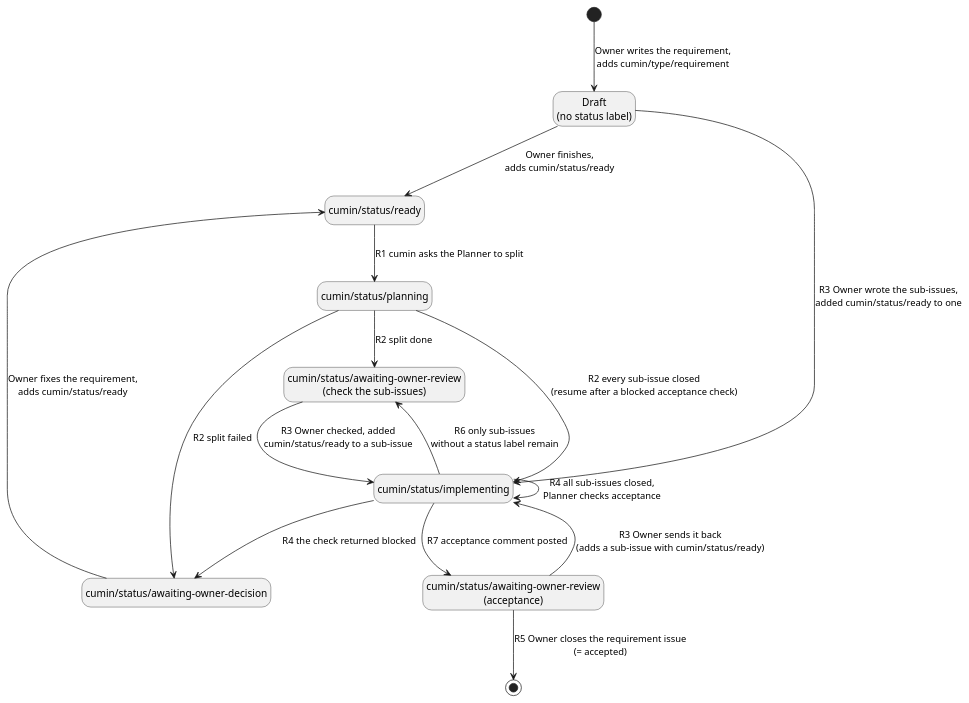
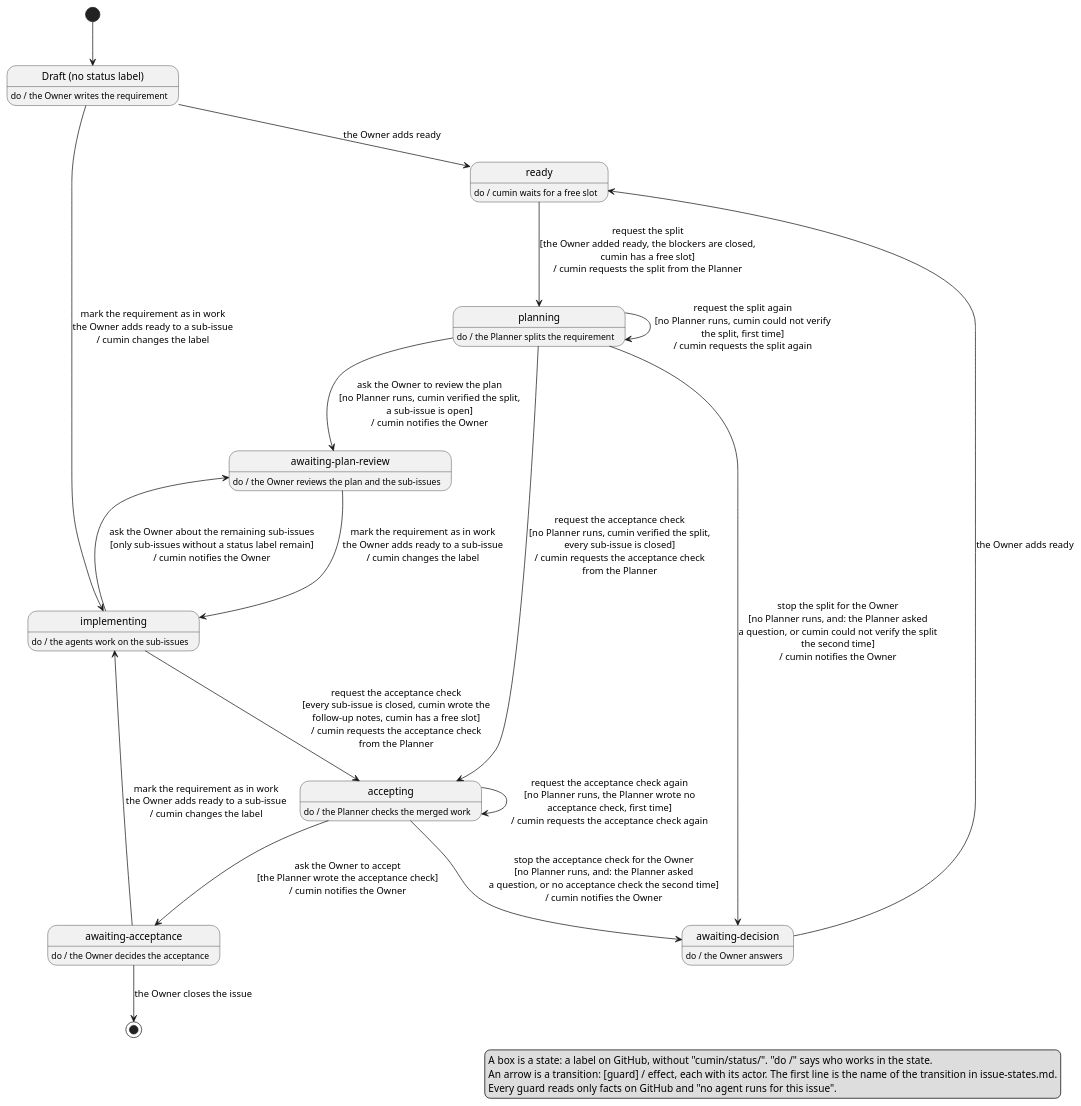
Before and after one commit to cloveclovedev/cumin-works: the diagram in docs/ja/requirements/workflow/requirement-issue-states.puml, drawn with PlantUML. The commit also changed 11 other files, not shown here.

First line of the commit message:
docs(requirements): rewrite the states of an issue as a state machine (#514)

```diff
--- a/docs/ja/requirements/workflow/requirement-issue-states.puml
+++ b/docs/ja/requirements/workflow/requirement-issue-states.puml
@@ -1,32 +1,57 @@
 @startuml requirement-issue-states
 ' cumin works - states of a requirement issue.
-' A state is a label on GitHub. Each arrow names one row of issue-states.md (R1 to R7).
-' Render: run scripts/render-diagrams.sh at the root of the repository.
+' A state is a label on GitHub, written without "cumin/status/". "do /" says who works in the state.
+' A transition is written: [guard] / effect, with the name of the transition in front.
+' Every guard and effect names who acts. Render: run scripts/render-diagrams.sh at the root of the repository.
 
 hide empty description
 
-state "Draft\n(no status label)" as Draft
-state "cumin/status/ready" as Ready
-state "cumin/status/planning" as Planning
-state "cumin/status/awaiting-owner-review\n(check the sub-issues)" as PlanReview
-state "cumin/status/implementing" as Implementing
-state "cumin/status/awaiting-owner-review\n(acceptance)" as Acceptance
-state "cumin/status/awaiting-owner-decision" as Decision
+state "Draft (no status label)" as Draft
+Draft : do / the Owner writes the requirement
 
-[*] --> Draft : Owner writes the requirement,\nadds cumin/type/requirement
-Draft --> Ready : Owner finishes,\nadds cumin/status/ready
-Draft --> Implementing : R3 Owner wrote the sub-issues,\nadded cumin/status/ready to one
-Ready --> Planning : R1 cumin asks the Planner to split
-Planning --> PlanReview : R2 split done
-Planning --> Implementing : R2 every sub-issue closed\n(resume after a blocked acceptance check)
-Planning --> Decision : R2 split failed
-Decision --> Ready : Owner fixes the requirement,\nadds cumin/status/ready
-PlanReview --> Implementing : R3 Owner checked, added\ncumin/status/ready to a sub-issue
-Implementing --> Implementing : R4 all sub-issues closed,\nPlanner checks acceptance
-Implementing --> Decision : R4 the check returned blocked
-Implementing --> Acceptance : R7 acceptance comment posted
-Implementing --> PlanReview : R6 only sub-issues\nwithout a status label remain
-Acceptance --> Implementing : R3 Owner sends it back\n(adds a sub-issue with cumin/status/ready)
-Acceptance --> [*] : R5 Owner closes the requirement issue\n(= accepted)
+state "ready" as Ready
+Ready : do / cumin waits for a free slot
+
+state "planning" as Planning
+Planning : do / the Planner splits the requirement
+
+state "awaiting-plan-review" as PlanReview
+PlanReview : do / the Owner reviews the plan and the sub-issues
+
+state "implementing" as Implementing
+Implementing : do / the agents work on the sub-issues
+
+state "accepting" as Accepting
+Accepting : do / the Planner checks the merged work
+
+state "awaiting-acceptance" as Acceptance
+Acceptance : do / the Owner decides the acceptance
+
+state "awaiting-decision" as Decision
+Decision : do / the Owner answers
+
+[*] --> Draft
+Draft --> Ready : the Owner adds ready
+Draft --> Implementing : mark the requirement as in work\nthe Owner adds ready to a sub-issue\n/ cumin changes the label
+Ready --> Planning : request the split\n[the Owner added ready, the blockers are closed,\ncumin has a free slot]\n/ cumin requests the split from the Planner
+Planning --> PlanReview : ask the Owner to review the plan\n[no Planner runs, cumin verified the split,\na sub-issue is open]\n/ cumin notifies the Owner
+Planning --> Accepting : request the acceptance check\n[no Planner runs, cumin verified the split,\nevery sub-issue is closed]\n/ cumin requests the acceptance check\nfrom the Planner
+Planning --> Planning : request the split again\n[no Planner runs, cumin could not verify\nthe split, first time]\n/ cumin requests the split again
+Planning --> Decision : stop the split for the Owner\n[no Planner runs, and: the Planner asked\na question, or cumin could not verify the split\nthe second time]\n/ cumin notifies the Owner
+PlanReview --> Implementing : mark the requirement as in work\nthe Owner adds ready to a sub-issue\n/ cumin changes the label
+Implementing --> Accepting : request the acceptance check\n[every sub-issue is closed, cumin wrote the\nfollow-up notes, cumin has a free slot]\n/ cumin requests the acceptance check\nfrom the Planner
+Implementing --> PlanReview : ask the Owner about the remaining sub-issues\n[only sub-issues without a status label remain]\n/ cumin notifies the Owner
+Accepting --> Acceptance : ask the Owner to accept\n[the Planner wrote the acceptance check]\n/ cumin notifies the Owner
+Accepting --> Accepting : request the acceptance check again\n[no Planner runs, the Planner wrote no\nacceptance check, first time]\n/ cumin requests the acceptance check again
+Accepting --> Decision : stop the acceptance check for the Owner\n[no Planner runs, and: the Planner asked\na question, or no acceptance check the second time]\n/ cumin notifies the Owner
+Acceptance --> Implementing : mark the requirement as in work\nthe Owner adds ready to a sub-issue\n/ cumin changes the label
+Acceptance --> [*] : the Owner closes the issue
+Decision --> Ready : the Owner adds ready
+
+legend right
+  A box is a state: a label on GitHub, without "cumin/status/". "do /" says who works in the state.
+  An arrow is a transition: [guard] / effect, each with its actor. The first line is the name of the transition in issue-states.md.
+  Every guard reads only facts on GitHub and "no agent runs for this issue".
+endlegend
 
 @enduml
```
